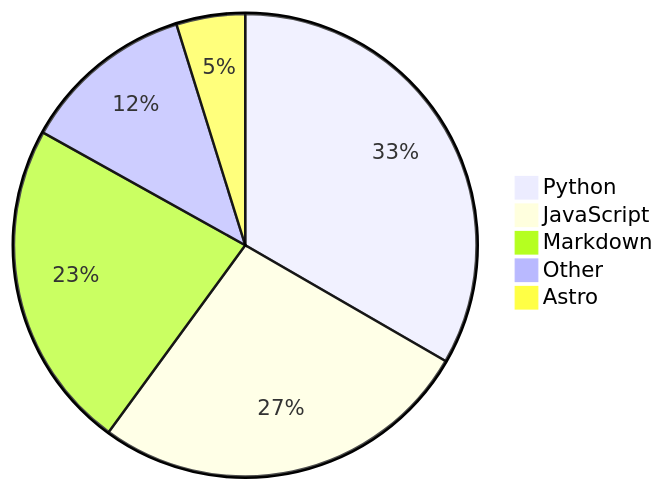
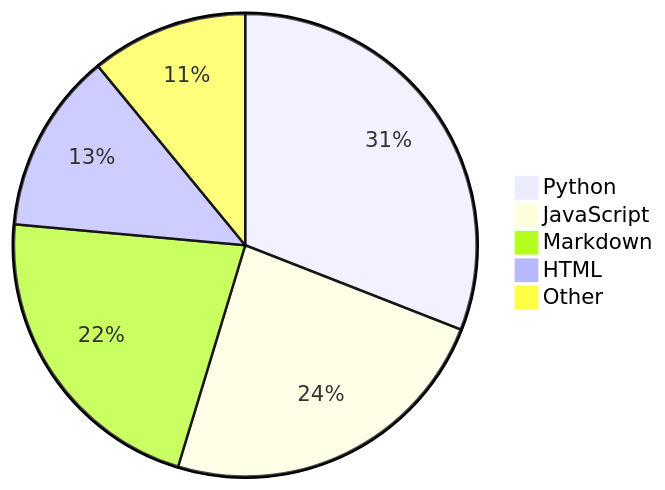
Before and after one commit to Alicia111/alicia111: the diagram in README.md, drawn with Mermaid.

Commit message:
Update WakaTime stats (・ω・)b

````diff
--- a/README.md
+++ b/README.md
@@ -32,8 +32,8 @@
 ```mermaid
 pie
-    "Python" : 26.51
-    "JavaScript" : 21.23
-    "Markdown" : 18.32
-    "Other" : 9.62
-    "Astro" : 3.82
+    "Python" : 24.12
+    "JavaScript" : 18.52
+    "Markdown" : 16.96
+    "HTML" : 9.83
+    "Other" : 8.54
 ```
````
